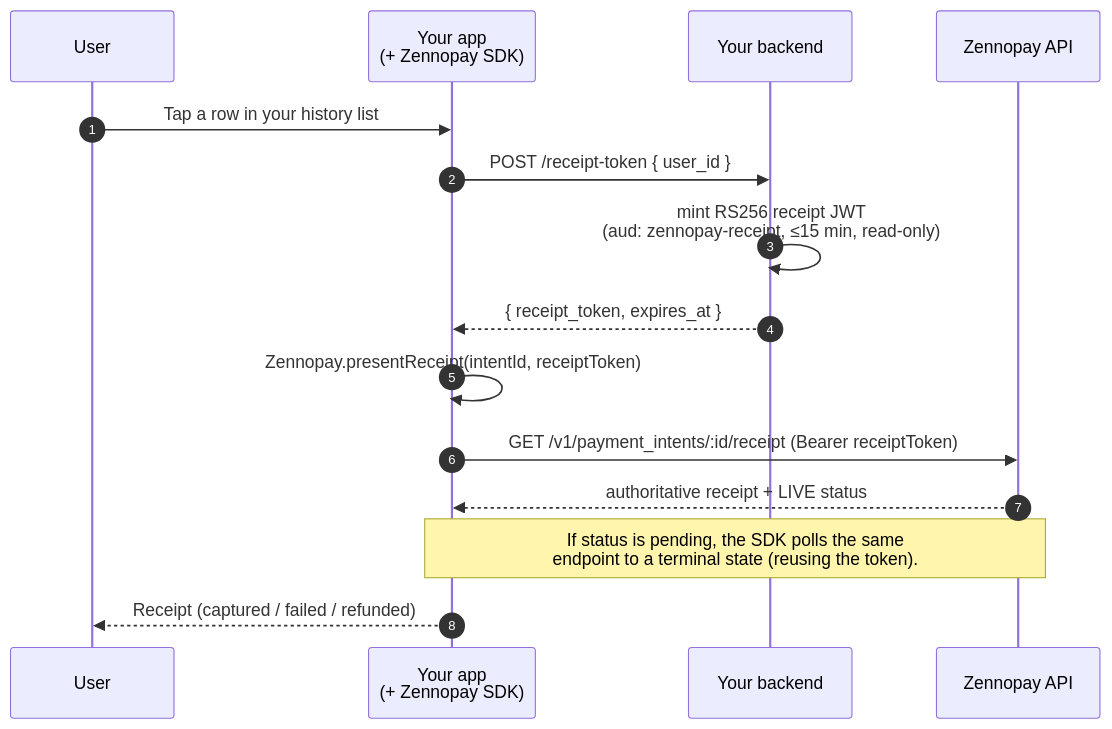
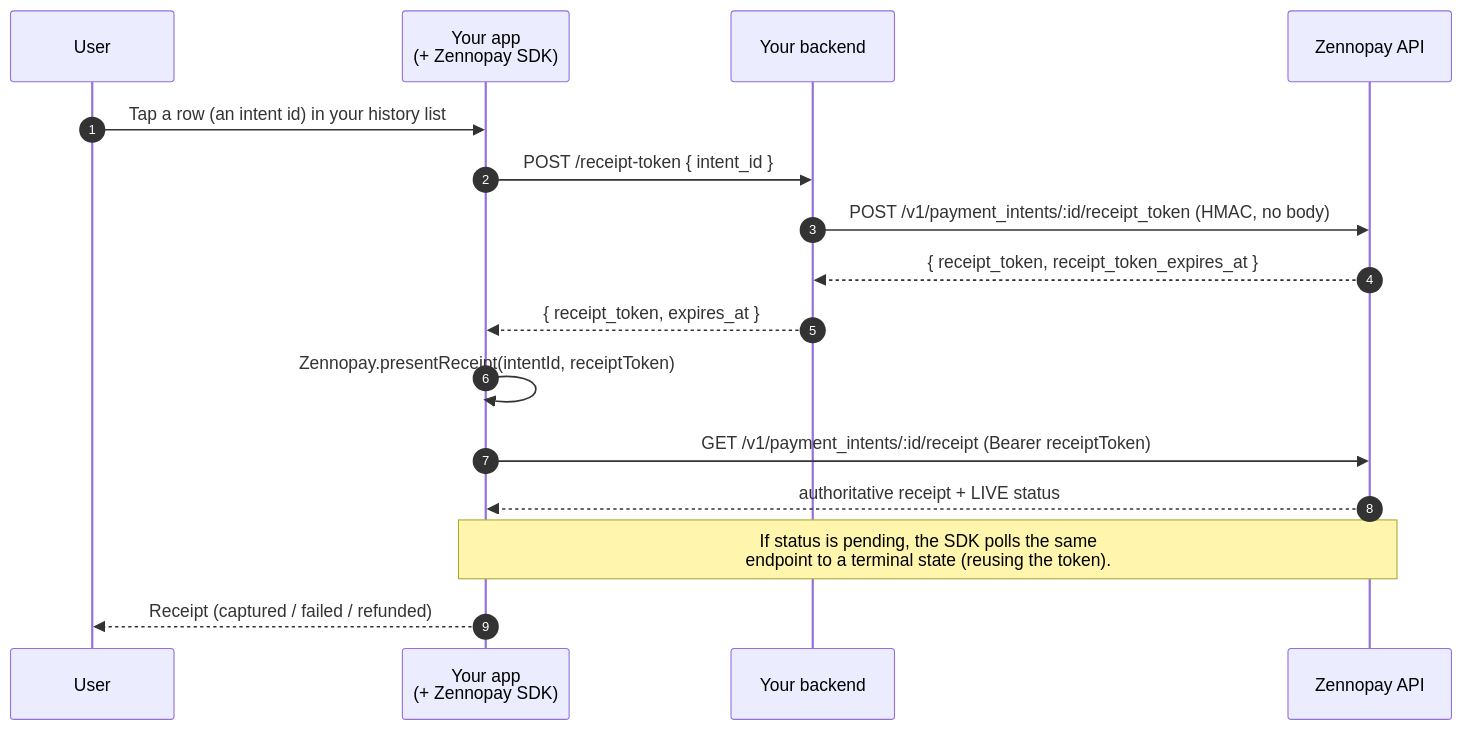
One commit to Zennopay/zennopay-docs changed the diagram in payments/reopen-receipt.mdx. Above: the diagram before and after it, drawn with Mermaid. The commit also changed other lines of this file and 25 other files, not shown here.

First line of the commit message:
docs: rewrite public docs to Model B (HMAC-only) integration flow (#2)

````diff
--- a/payments/reopen-receipt.mdx
+++ b/payments/reopen-receipt.mdx
@@ -31,18 +31,19 @@
 ```mermaid
 sequenceDiagram
     autonumber
     participant U as User
     participant App as Your app<br/>(+ Zennopay SDK)
     participant BE as Your backend
     participant ZP as Zennopay API
 
-    U->>App: Tap a row in your history list
-    App->>BE: POST /receipt-token { user_id }
-    BE->>BE: mint RS256 receipt JWT<br/>(aud: zennopay-receipt, ≤15 min, read-only)
+    U->>App: Tap a row (an intent id) in your history list
+    App->>BE: POST /receipt-token { intent_id }
+    BE->>ZP: POST /v1/payment_intents/:id/receipt_token (HMAC, no body)
+    ZP-->>BE: { receipt_token, receipt_token_expires_at }
     BE-->>App: { receipt_token, expires_at }
     App->>App: Zennopay.presentReceipt(intentId, receiptToken)
     App->>ZP: GET /v1/payment_intents/:id/receipt (Bearer receiptToken)
     ZP-->>App: authoritative receipt + LIVE status
     Note over App,ZP: If status is pending, the SDK polls the same<br/>endpoint to a terminal state (reusing the token).
     App-->>U: Receipt (captured / failed / refunded)
 ```
````
